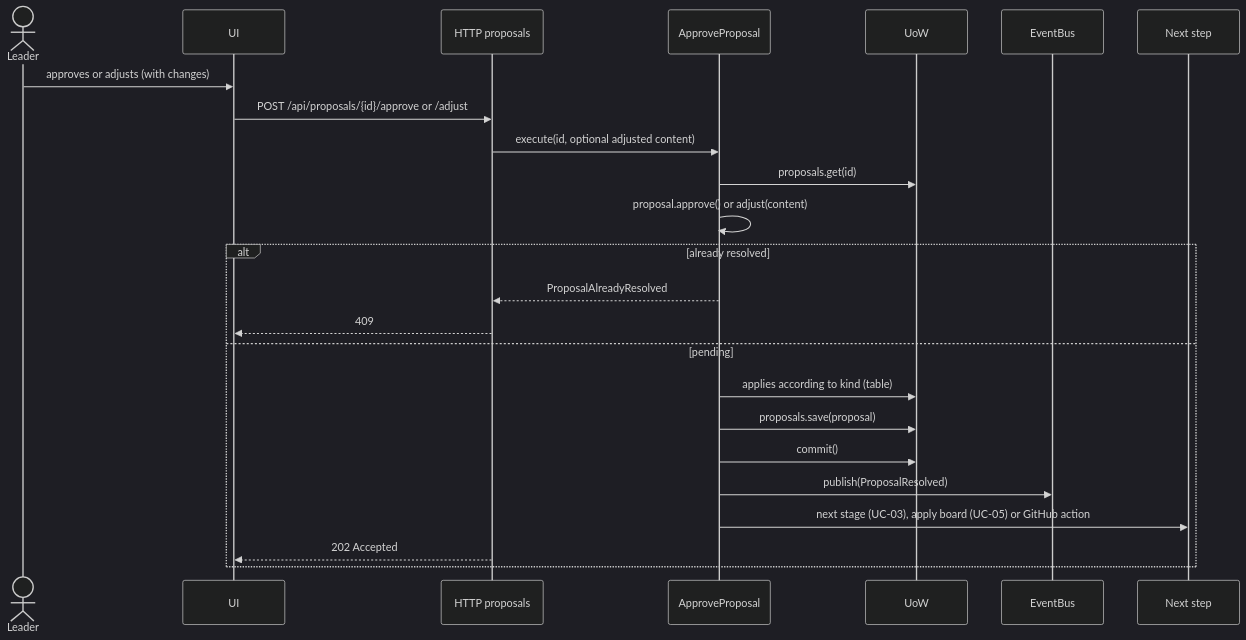
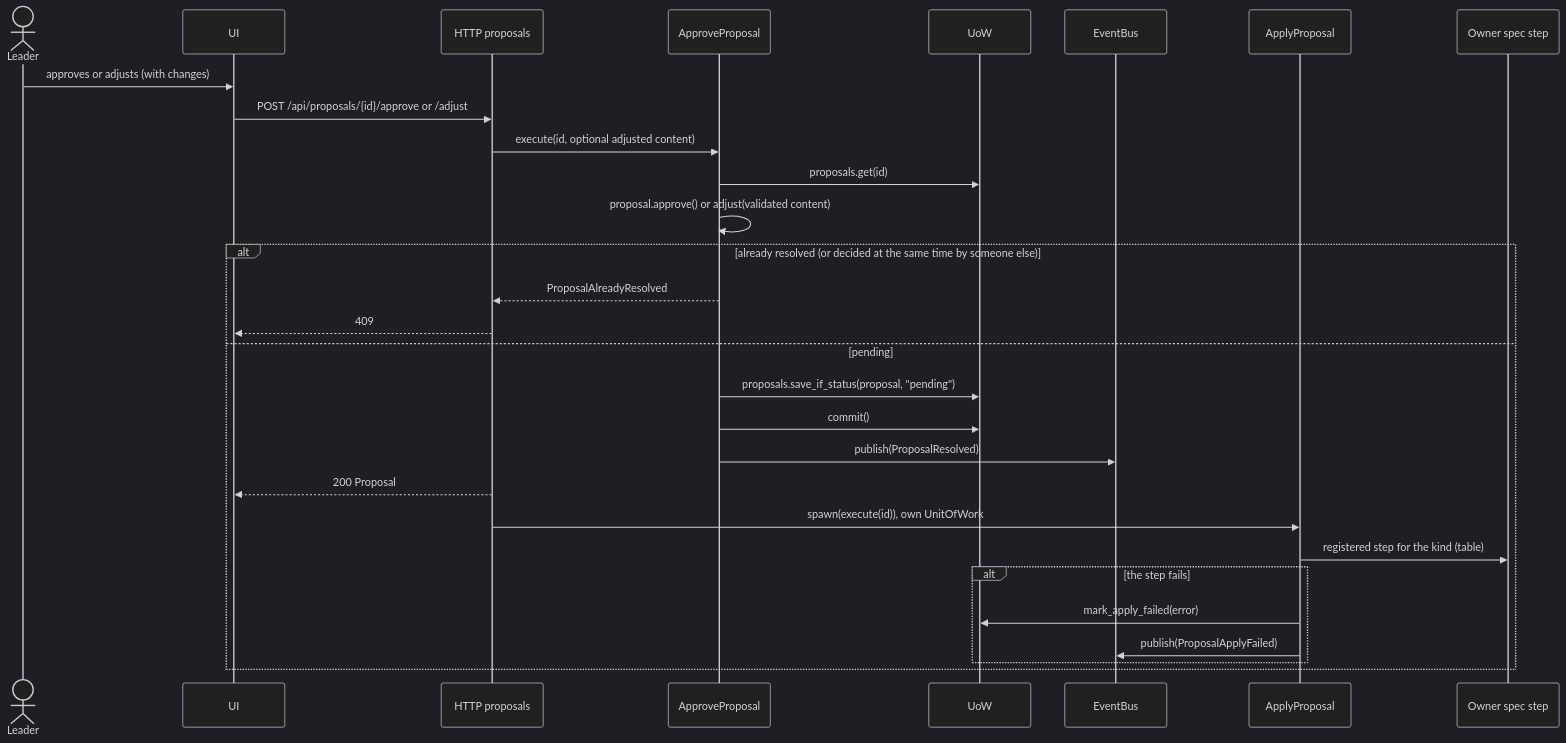
Before and after one commit to Mitchz01/TransparencIA: the eighth of 18 diagrams in plan/use-cases.md, drawn with Mermaid (dark theme). The commit also changed other lines of this file and 4 other files, not shown here.

````diff
--- a/plan/use-cases.md
+++ b/plan/use-cases.md
@@ -273,27 +278,32 @@
 ```mermaid
 sequenceDiagram
     actor L as Leader
     participant UI
     participant HTTP as HTTP proposals
     participant UC as ApproveProposal
     participant UoW
     participant Bus as EventBus
-    participant Next as Next step
+    participant AP as ApplyProposal
+    participant Step as Owner spec step
 
     L->>UI: approves or adjusts (with changes)
     UI->>HTTP: POST /api/proposals/{id}/approve or /adjust
     HTTP->>UC: execute(id, optional adjusted content)
     UC->>UoW: proposals.get(id)
-    UC->>UC: proposal.approve() or adjust(content)
-    alt already resolved
+    UC->>UC: proposal.approve() or adjust(validated content)
+    alt already resolved (or decided at the same time by someone else)
         UC-->>HTTP: ProposalAlreadyResolved
         HTTP-->>UI: 409
     else pending
-        UC->>UoW: applies according to kind (table)
-        UC->>UoW: proposals.save(proposal)
+        UC->>UoW: proposals.save_if_status(proposal, "pending")
         UC->>UoW: commit()
         UC->>Bus: publish(ProposalResolved)
-        UC->>Next: next stage (UC-03), apply board (UC-05) or GitHub action
-        HTTP-->>UI: 202 Accepted
+        HTTP-->>UI: 200 Proposal
+        HTTP->>AP: spawn(execute(id)), own UnitOfWork
+        AP->>Step: registered step for the kind (table)
+        alt the step fails
+            AP->>UoW: mark_apply_failed(error)
+            AP->>Bus: publish(ProposalApplyFailed)
+        end
     end
 ```
````
